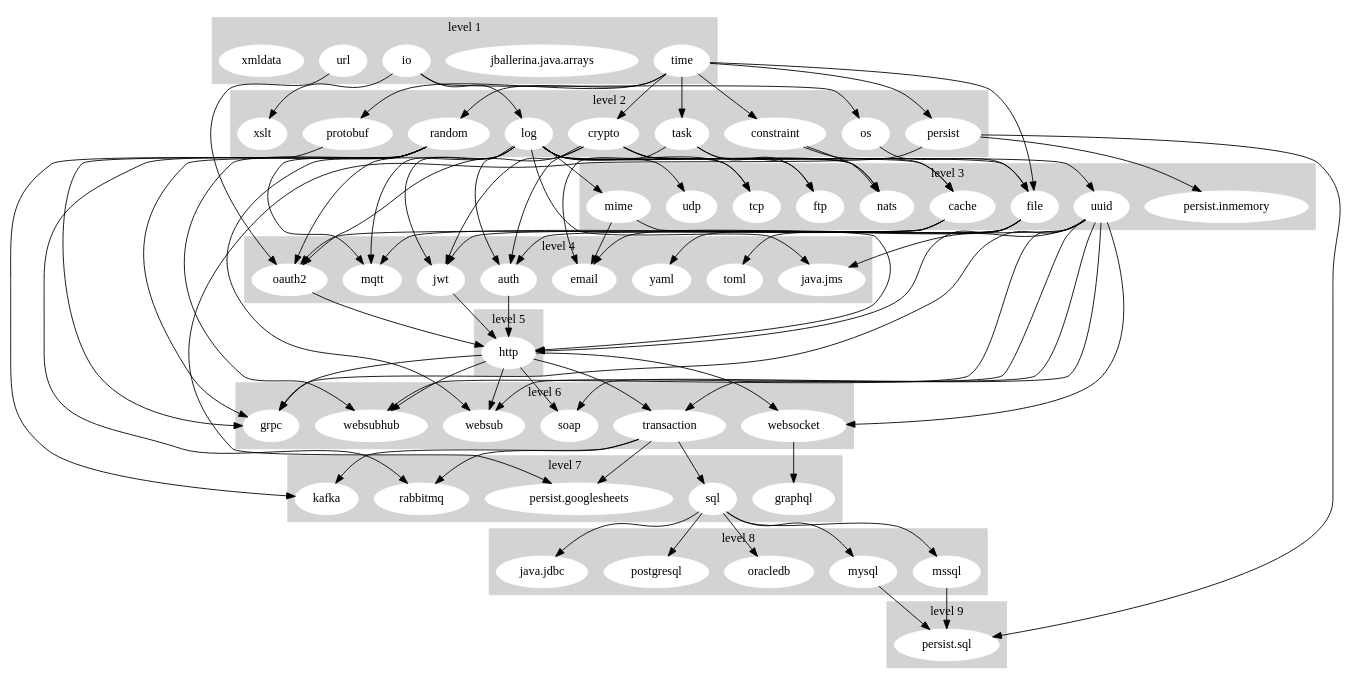
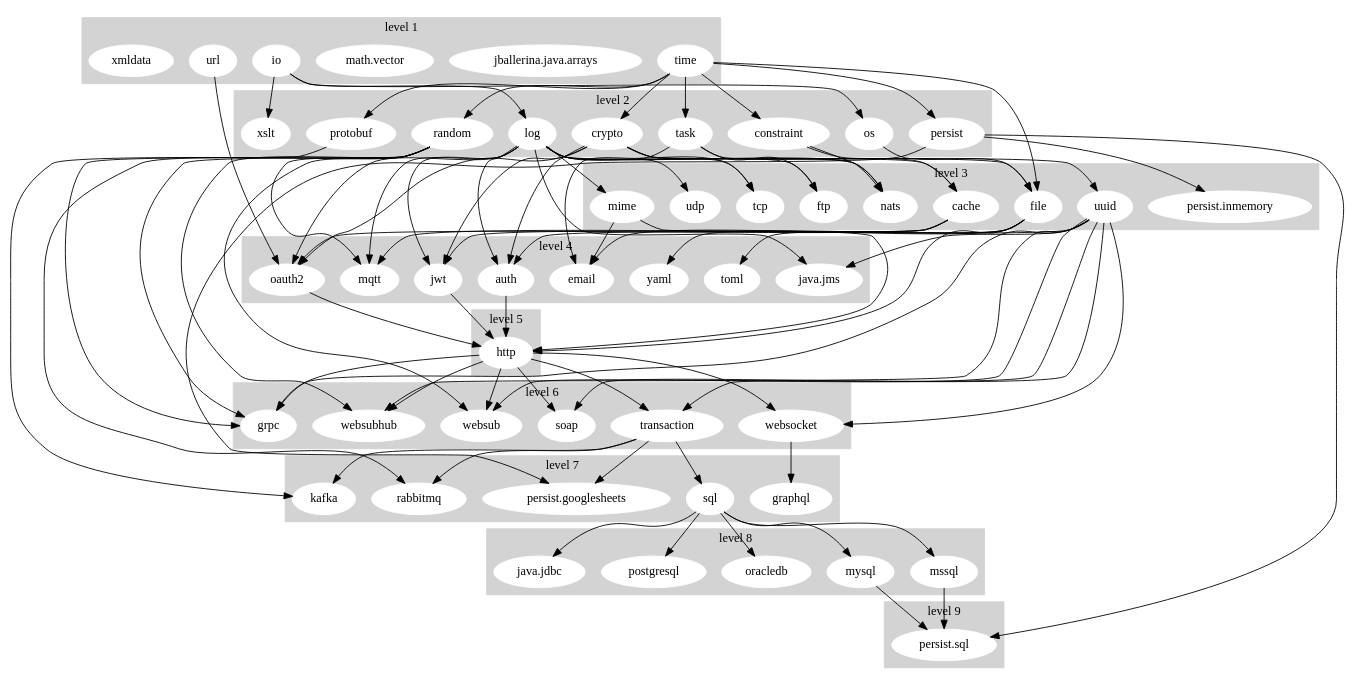
One commit to ballerina-platform/ballerina-release changed the diagram in dashboard/stdlib_graph.gv. Above: the diagram before and after it, drawn with Graphviz.

Commit message:
[Automated] Update Stdlib Dependency Graph

```diff
--- a/dashboard/stdlib_graph.gv
+++ b/dashboard/stdlib_graph.gv
@@ -1,178 +1,179 @@
 digraph "Stdlib Dependency Graph" {
 	subgraph cluster_1 {
 		node [color=white style=filled]
 		color=lightgrey style=filled
 		io
 		"jballerina.java.arrays"
+		"math.vector"
 		time
 		url
 		xmldata
 		label="level 1"
 	}
 	subgraph cluster_2 {
 		node [color=white style=filled]
 		color=lightgrey style=filled
 		constraint
 		crypto
 		log
 		os
 		persist
 		protobuf
 		random
 		task
 		xslt
 		label="level 2"
 	}
 	subgraph cluster_3 {
 		node [color=white style=filled]
 		color=lightgrey style=filled
 		cache
 		file
 		ftp
 		mime
 		nats
 		"persist.inmemory"
 		tcp
 		udp
 		uuid
 		label="level 3"
 	}
 	subgraph cluster_4 {
 		node [color=white style=filled]
 		color=lightgrey style=filled
 		auth
 		email
 		"java.jms"
 		jwt
 		mqtt
 		oauth2
 		toml
 		yaml
 		label="level 4"
 	}
 	subgraph cluster_5 {
 		node [color=white style=filled]
 		color=lightgrey style=filled
 		http
 		label="level 5"
 	}
 	subgraph cluster_6 {
 		node [color=white style=filled]
 		color=lightgrey style=filled
 		grpc
 		soap
 		transaction
 		websocket
 		websub
 		websubhub
 		label="level 6"
 	}
 	subgraph cluster_7 {
 		node [color=white style=filled]
 		color=lightgrey style=filled
 		graphql
 		kafka
 		"persist.googlesheets"
 		rabbitmq
 		sql
 		label="level 7"
 	}
 	subgraph cluster_8 {
 		node [color=white style=filled]
 		color=lightgrey style=filled
 		"java.jdbc"
 		mssql
 		mysql
 		oracledb
 		postgresql
 		label="level 8"
 	}
 	subgraph cluster_9 {
 		node [color=white style=filled]
 		color=lightgrey style=filled
 		"persist.sql"
 		label="level 9"
 	}
 	io -> log
 	io -> os
 	io -> xslt
 	time -> constraint
 	time -> crypto
 	time -> file
 	time -> persist
 	time -> protobuf
 	time -> random
 	time -> task
 	url -> oauth2
 	constraint -> cache
 	constraint -> nats
 	crypto -> auth
 	crypto -> jwt
 	crypto -> nats
 	crypto -> oauth2
 	crypto -> tcp
 	crypto -> uuid
 	log -> auth
 	log -> file
 	log -> ftp
 	log -> "java.jms"
 	log -> jwt
 	log -> mime
 	log -> mqtt
 	log -> nats
 	log -> oauth2
 	log -> tcp
 	log -> udp
 	os -> file
 	persist -> "persist.googlesheets"
 	persist -> "persist.inmemory"
 	persist -> "persist.sql"
 	protobuf -> grpc
 	random -> grpc
 	random -> kafka
 	random -> mqtt
 	random -> rabbitmq
 	random -> websub
 	random -> websubhub
 	task -> cache
 	task -> email
 	task -> ftp
 	cache -> auth
 	cache -> jwt
 	cache -> oauth2
 	file -> email
 	file -> http
 	file -> toml
 	file -> yaml
 	mime -> email
 	mime -> http
 	uuid -> grpc
 	uuid -> "java.jms"
 	uuid -> mqtt
 	uuid -> soap
 	uuid -> transaction
 	uuid -> websocket
 	uuid -> websub
 	uuid -> websubhub
 	auth -> http
 	jwt -> http
 	oauth2 -> http
 	http -> grpc
 	http -> soap
 	http -> transaction
 	http -> websocket
 	http -> websub
 	http -> websubhub
 	transaction -> kafka
 	transaction -> "persist.googlesheets"
 	transaction -> rabbitmq
 	transaction -> sql
 	websocket -> graphql
 	sql -> "java.jdbc"
 	sql -> mssql
 	sql -> mysql
 	sql -> oracledb
 	sql -> postgresql
 	mssql -> "persist.sql"
 	mysql -> "persist.sql"
 }
```
